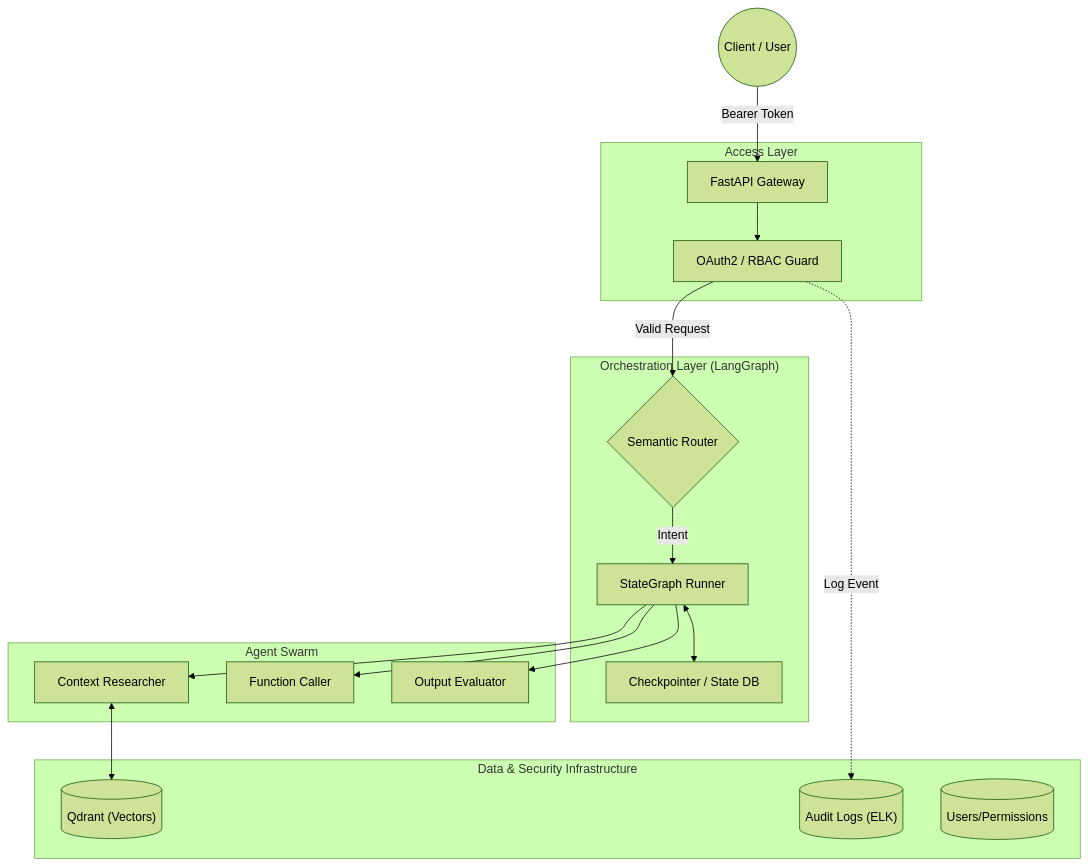
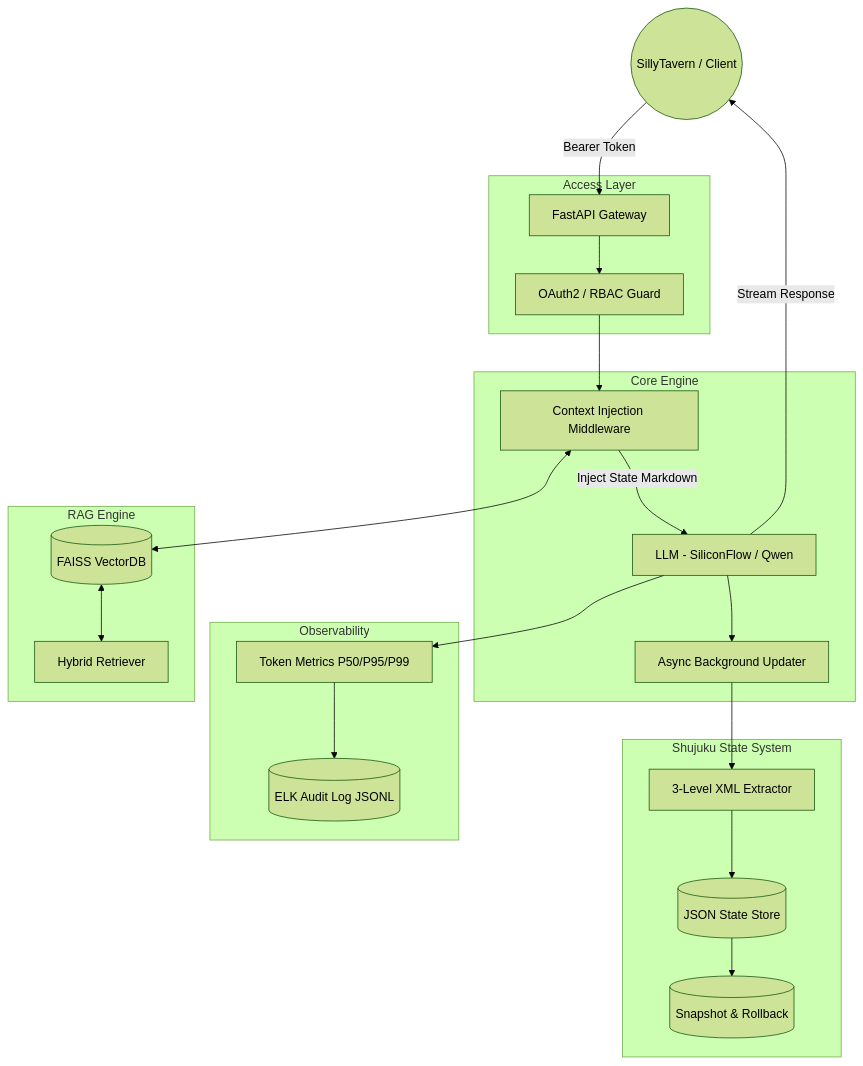
One commit to gabby1111111111/Aegis-Isle changed the diagram in README.md. Above: the diagram before and after it, drawn with Mermaid (forest theme). The commit also changed other lines of this file and 11 other files, not shown here.

````diff
--- a/README.md
+++ b/README.md
@@ -45,38 +78,40 @@
 ```mermaid
 graph TD
-    User((Client / User))
-    
+    ST((SillyTavern / Client))
+
     subgraph "Access Layer"
-        Gateway[FastAPI Gateway]
+        GW[FastAPI Gateway]
         Auth[OAuth2 / RBAC Guard]
     end
 
-    subgraph "Orchestration Layer (LangGraph)"
-        Router{Semantic Router}
-        Graph[StateGraph Runner]
-        Memory[Checkpointer / State DB]
+    subgraph "Core Engine"
+        StateInject[Context Injection Middleware]
+        LLM[LLM - SiliconFlow / Qwen]
+        BG[Async Background Updater]
     end
 
-    subgraph "Agent Swarm"
-        Researcher[Context Researcher]
-        Coder[Function Caller]
-        Critic[Output Evaluator]
+    subgraph "Shujuku State System"
+        Extractor[3-Level XML Extractor]
+        StateDB[(JSON State Store)]
+        Snapshot[(Snapshot & Rollback)]
     end
 
-    subgraph "Data & Security Infrastructure"
-        VectorDB[("Qdrant (Vectors)")]
-        Audit[("Audit Logs (ELK)")]
-        Relational[("Users/Permissions")]
+    subgraph "Observability"
+        Metrics[Token Metrics P50/P95/P99]
+        AuditLog[(ELK Audit Log JSONL)]
     end
 
-    User -->|Bearer Token| Gateway
-    Gateway --> Auth
-    Auth -->|Valid Request| Router
-    
-    Router -->|Intent| Graph
-    Graph --> Researcher & Coder & Critic
-    Graph <--> Memory
-    
-    Researcher <--> VectorDB
-    Auth -.->|Log Event| Audit
+    subgraph "RAG Engine"
+        FAISS[(FAISS VectorDB)]
+        Retriever[Hybrid Retriever]
+    end
+
+    ST -->|Bearer Token| GW
+    GW --> Auth --> StateInject
+    StateInject -->|Inject State Markdown| LLM
+    LLM -->|Stream Response| ST
+    LLM --> BG --> Extractor --> StateDB --> Snapshot
+    LLM --> Metrics --> AuditLog
+    StateInject <--> FAISS
+    FAISS <--> Retriever
 ```
````
